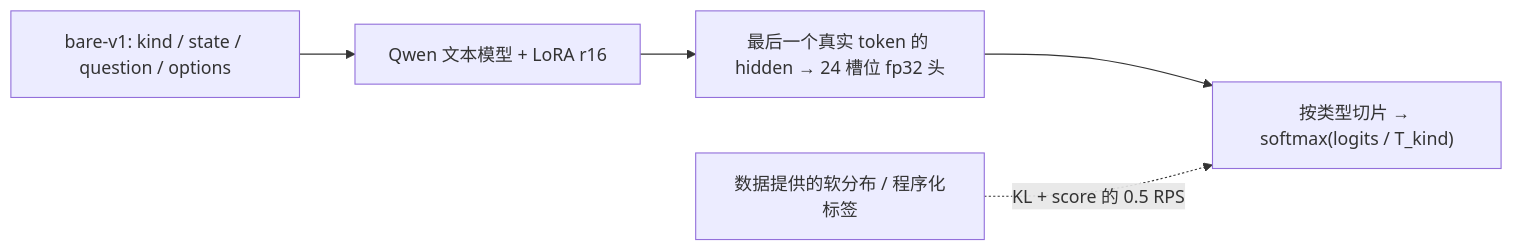
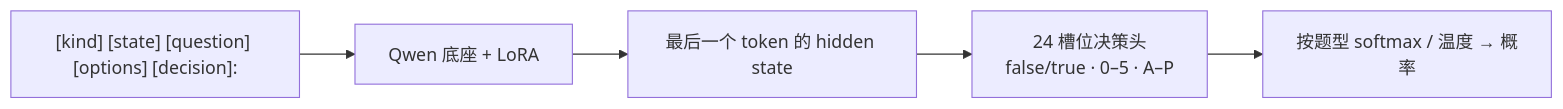
The diagram in README.md (shibing624/train-jev), drawn with Mermaid before and after one commit. The commit also changed other lines of this file and 6 other files, not shown here.

````diff
--- a/README.md
+++ b/README.md
@@ -42,7 +163,7 @@
 ```mermaid
 flowchart LR
-    P["bare-v1: kind / state / question / options"] --> B["Qwen 文本模型 + LoRA r16"]
-    B --> H["最后一个真实 token 的 hidden → 24 槽位 fp32 头"]
-    H --> S["按类型切片 → softmax(logits / T_kind)"]
-    T["数据提供的软分布 / 程序化标签"] -.->|"KL + score 的 0.5 RPS"| S
+    P["[kind] [state] [question] [options] [decision]:"] --> B["Qwen 底座 + LoRA"]
+    B --> H["最后一个 token 的 hidden state"]
+    H --> D["24 槽位决策头<br/>false/true · 0–5 · A–P"]
+    D --> S["按题型 softmax / 温度 → 概率"]
 ```
````
